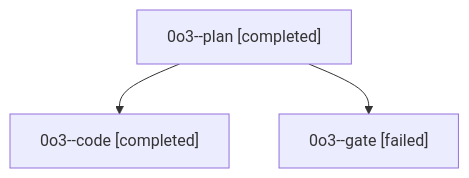
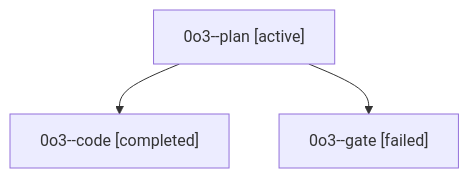
One commit to sase-org/sase--agents changed the diagram in families/bbugyi200.athena.0o3.md. Above: the diagram before and after it, drawn with Mermaid. The commit also changed other lines of this file and 35830 other files, not shown here.

````diff
--- a/families/bbugyi200.athena.0o3.md
+++ b/families/bbugyi200.athena.0o3.md
@@ -9,8 +9,8 @@
 ```mermaid
 flowchart TD
-  n0["0o3--plan [completed]"]
+  n0["0o3--plan [active]"]
   n1["0o3--code [completed]"]
   n0 --> n1
   n2["0o3--gate [failed]"]
   n0 --> n2
 ```
````
